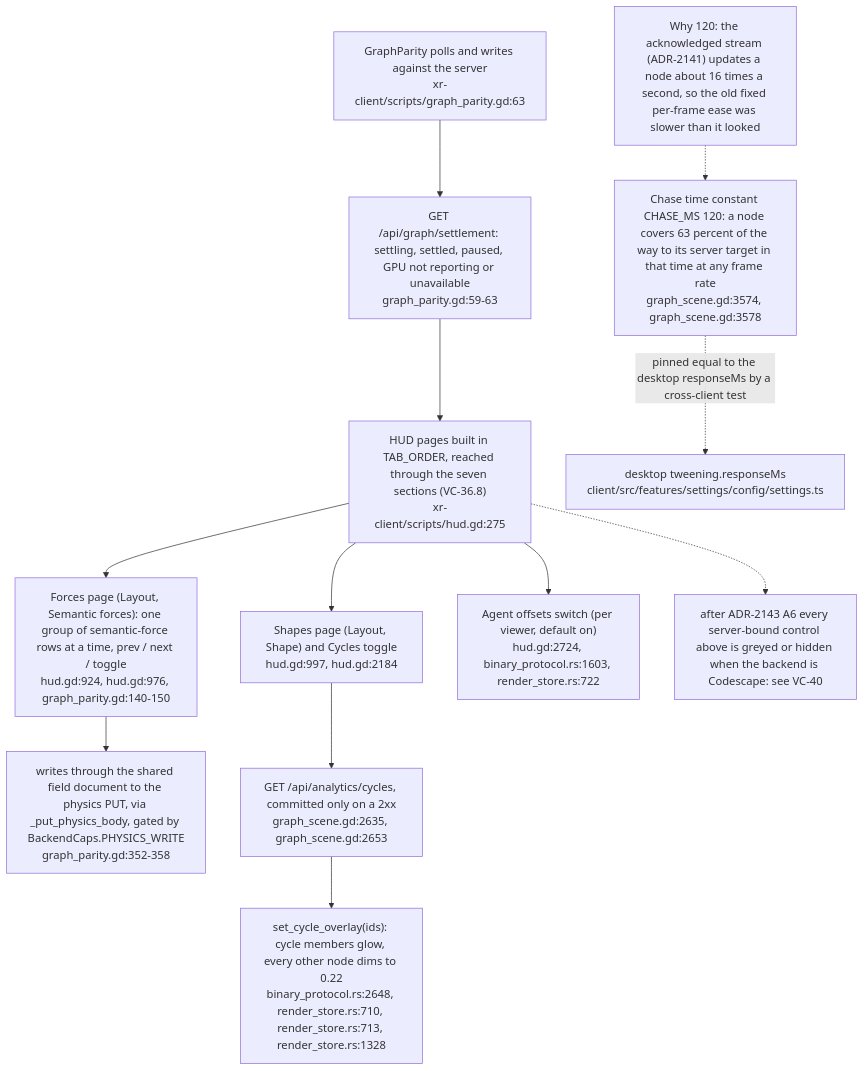
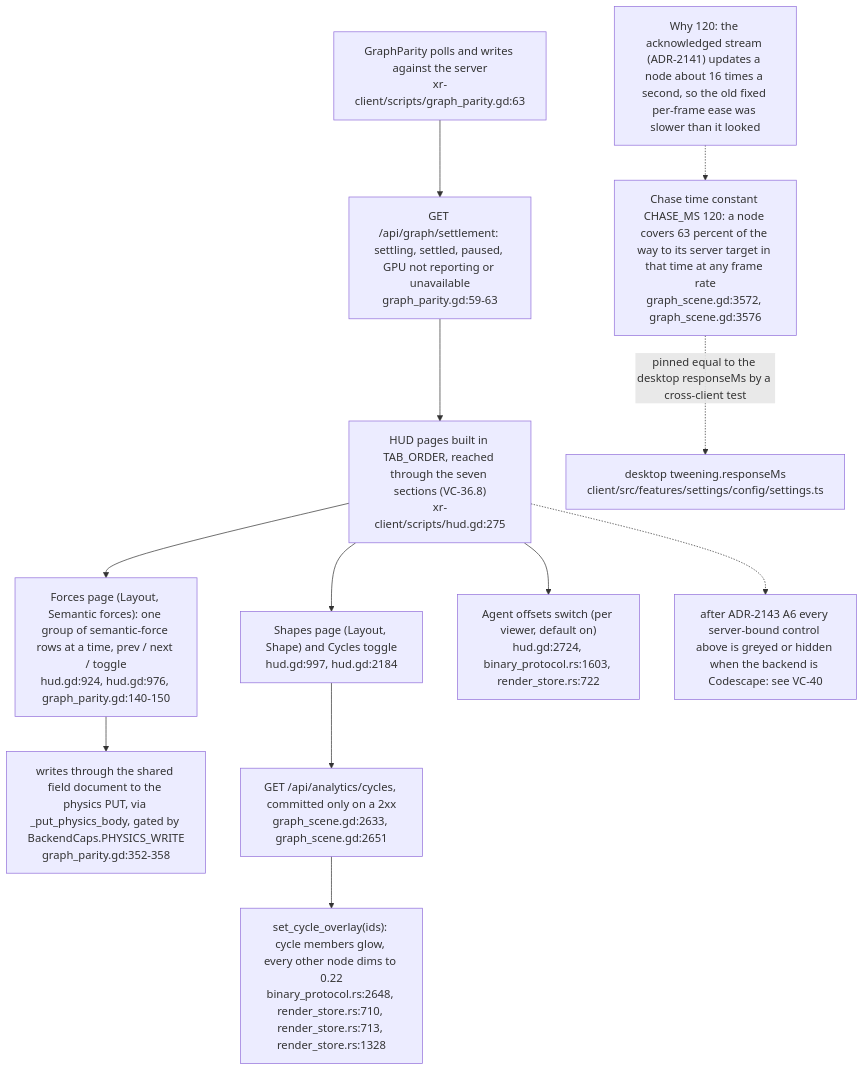
One commit to DreamLab-AI/VisionFlow changed diagram 27 of 30 in docs/diagrams/visionclaw/36-godot-xr-client.md. Above: the diagram before and after it, drawn with Mermaid. The commit also changed other lines of this file and 7 other files, not shown here.

First line of the commit message:
diagrams(visionclaw): re-verify VC-34 to VC-40 and VC-42 at visionclaw 4900ec6, agentbox 59b1aca

````diff
--- a/docs/diagrams/visionclaw/36-godot-xr-client.md
+++ b/docs/diagrams/visionclaw/36-godot-xr-client.md
@@ -1381,19 +1381,19 @@
 ```mermaid
 flowchart TB
     HUD["HUD pages built in TAB_ORDER, reached through the seven sections (VC-36.8)<br/>xr-client/scripts/hud.gd:275"]
     GP["GraphParity polls and writes against the server<br/>xr-client/scripts/graph_parity.gd:63"]
     HUD --> F["Forces page (Layout, Semantic forces): one group of semantic-force rows at a time, prev / next / toggle<br/>hud.gd:924, hud.gd:976, graph_parity.gd:140-150"]
     HUD --> S["Shapes page (Layout, Shape) and Cycles toggle<br/>hud.gd:997, hud.gd:2184"]
     HUD --> AO["Agent offsets switch (per viewer, default on)<br/>hud.gd:2724, binary_protocol.rs:1603, render_store.rs:722"]
     F --> PUT["writes through the shared field document to the physics PUT, via _put_physics_body, gated by BackendCaps.PHYSICS_WRITE<br/>graph_parity.gd:352-358"]
-    S --> CY["GET /api/analytics/cycles, committed only on a 2xx<br/>graph_scene.gd:2635, graph_scene.gd:2653"]
+    S --> CY["GET /api/analytics/cycles, committed only on a 2xx<br/>graph_scene.gd:2633, graph_scene.gd:2651"]
     CY --> OV["set_cycle_overlay(ids): cycle members glow, every other node dims to 0.22<br/>binary_protocol.rs:2648, render_store.rs:710, render_store.rs:713, render_store.rs:1328"]
     GP --> ST["GET /api/graph/settlement: settling, settled, paused, GPU not reporting or unavailable<br/>graph_parity.gd:59-63"]
     ST --> HUD
-    CH["Chase time constant CHASE_MS 120: a node covers 63 percent of the way to its server target in that time at any frame rate<br/>graph_scene.gd:3574, graph_scene.gd:3578"]
+    CH["Chase time constant CHASE_MS 120: a node covers 63 percent of the way to its server target in that time at any frame rate<br/>graph_scene.gd:3572, graph_scene.gd:3576"]
     CH -. "pinned equal to the desktop responseMs by a cross-client test" .-> DESK["desktop tweening.responseMs<br/>client/src/features/settings/config/settings.ts"]
     ACK["Why 120: the acknowledged stream (ADR-2141) updates a node about 16 times a second, so the old fixed per-frame ease was slower than it looked"]
     ACK -.-> CH
     CAP["after ADR-2143 A6 every server-bound control above is greyed or hidden when the backend is Codescape: see VC-40"]
     HUD -.-> CAP
 ```
````
